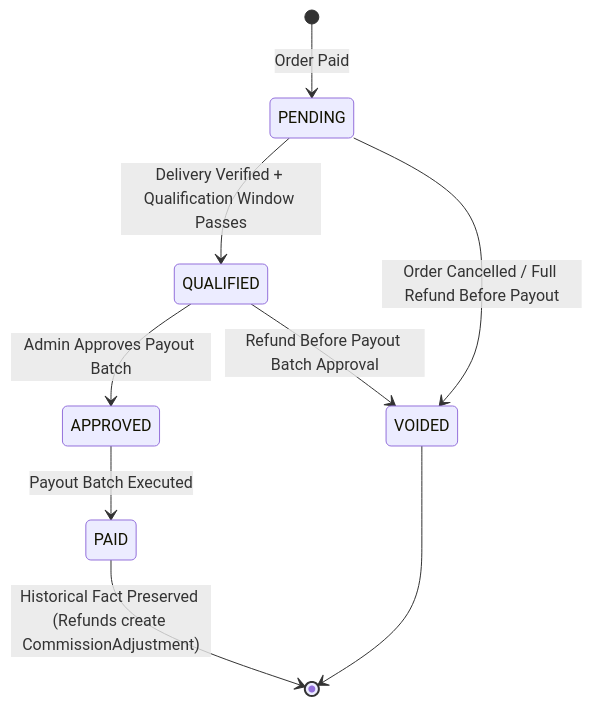
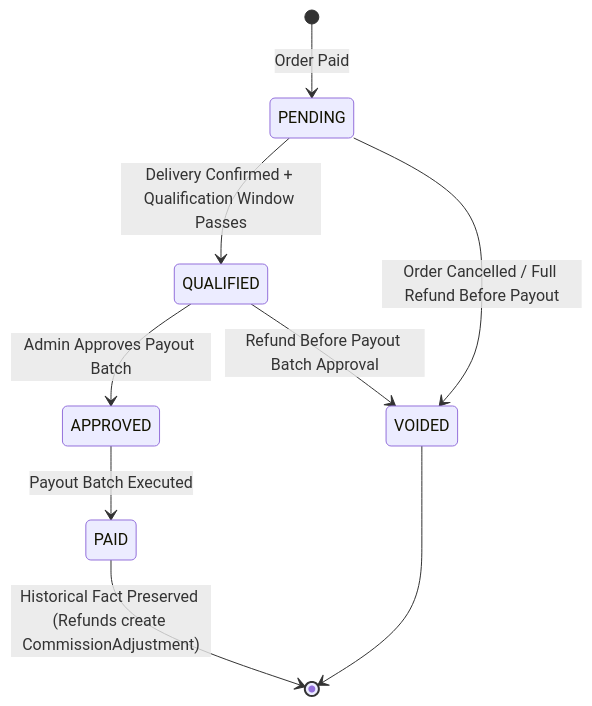
The eighth of 15 diagrams in docs/architecture/COMMERCE_DOMAIN_MODEL.md (SaeBryxn/GamerPeru-Vercel), drawn with Mermaid before and after one commit. The commit also changed other lines of this file, not shown here.

````diff
--- a/docs/architecture/COMMERCE_DOMAIN_MODEL.md
+++ b/docs/architecture/COMMERCE_DOMAIN_MODEL.md
@@ -1215,11 +1254,11 @@
 ```mermaid
 stateDiagram-v2
     [*] --> PENDING: Order Paid
-    PENDING --> QUALIFIED: Delivery Verified + Qualification Window Passes
+    PENDING --> QUALIFIED: Delivery Confirmed + Qualification Window Passes
     PENDING --> VOIDED: Order Cancelled / Full Refund Before Payout
     QUALIFIED --> APPROVED: Admin Approves Payout Batch
     QUALIFIED --> VOIDED: Refund Before Payout Batch Approval
     APPROVED --> PAID: Payout Batch Executed
     PAID --> [*]: Historical Fact Preserved (Refunds create CommissionAdjustment)
     VOIDED --> [*]
 ```
````
